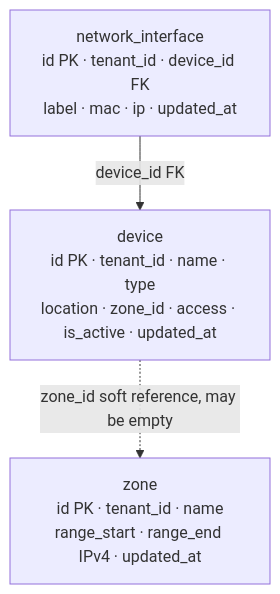
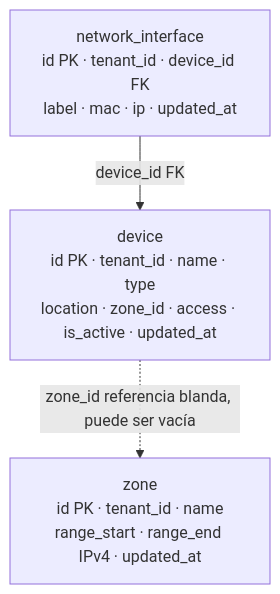
The diagram in docs/diagrams/database.md (veltylabs/device_manager), drawn with Mermaid before and after one commit. The commit also changed other lines of this file and 22 other files, not shown here.

````diff
--- a/docs/diagrams/database.md
+++ b/docs/diagrams/database.md
@@ -3,8 +3,8 @@
 ```mermaid
 flowchart TD
-    Z[zone<br/>id PK · tenant_id · name<br/>range_start · range_end IPv4 · updated_at]
-    D[device<br/>id PK · tenant_id · name · type<br/>location · zone_id · access · is_active · updated_at]
-    N[network_interface<br/>id PK · tenant_id · device_id FK<br/>label · mac · ip · updated_at]
-    D -. zone_id soft reference, may be empty .-> Z
-    N -->|device_id FK| D
+    Z["zone<br/>id PK · tenant_id · name<br/>range_start · range_end IPv4 · updated_at"]
+    D["device<br/>id PK · tenant_id · name · type<br/>location · zone_id · access · is_active · updated_at"]
+    N["network_interface<br/>id PK · tenant_id · device_id FK<br/>label · mac · ip · updated_at"]
+    D -. "zone_id referencia blanda, puede ser vacía" .-> Z
+    N -->|"device_id FK"| D
 ```
````
